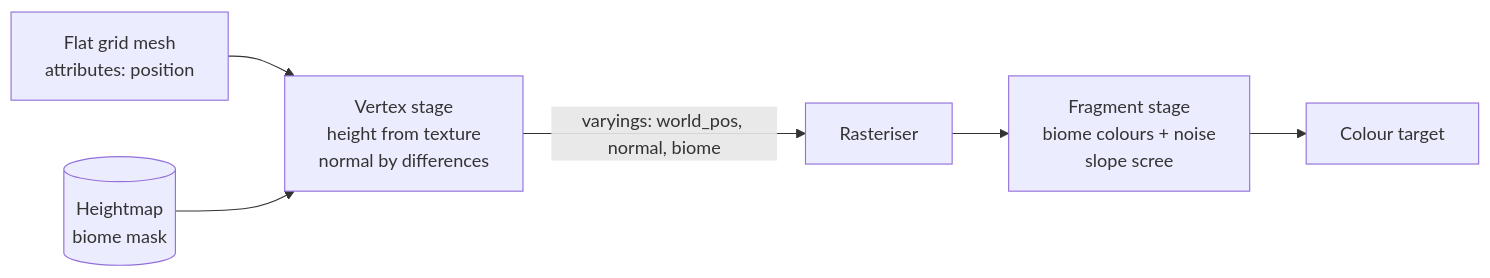
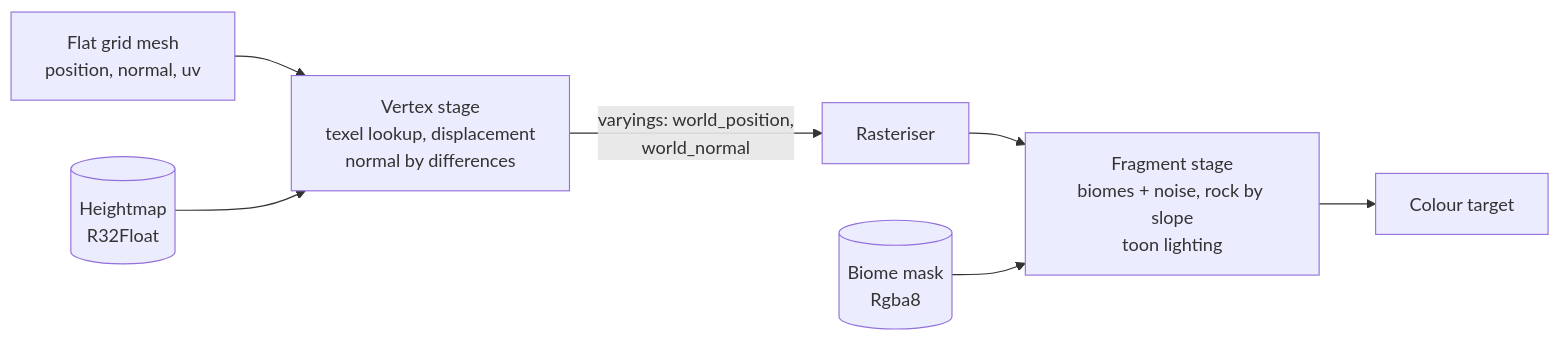
One commit to JohnnyNewman/Econoplex2 changed the diagram in docs/shaders/03-terrain.md. Above: the diagram before and after it, drawn with Mermaid. The commit also changed other lines of this file and 16 other files, not shown here.

First line of the commit message:
Shader step 03: terrain from a flat grid in the vertex shader

````diff
--- a/docs/shaders/03-terrain.md
+++ b/docs/shaders/03-terrain.md
@@ -122,8 +242,9 @@
 ```mermaid
 flowchart LR
-  G[Flat grid mesh\nattributes: position] --> VS[Vertex stage\nheight from texture\nnormal by differences]
-  HT[(Heightmap\nbiome mask)] --> VS
-  VS -->|varyings: world_pos, normal, biome| RS[Rasteriser]
-  RS --> FS[Fragment stage\nbiome colours + noise\nslope scree]
-  FS --> O[Colour target]
+  G["Flat grid mesh<br/>position, normal, uv"] --> VS["Vertex stage<br/>texel lookup, displacement<br/>normal by differences"]
+  HT[("Heightmap<br/>R32Float")] --> VS
+  VS -->|"varyings: world_position,<br/>world_normal"| RS["Rasteriser"]
+  RS --> FS["Fragment stage<br/>biomes + noise, rock by slope<br/>toon lighting"]
+  BT[("Biome mask<br/>Rgba8")] --> FS
+  FS --> O["Colour target"]
 ```
````
